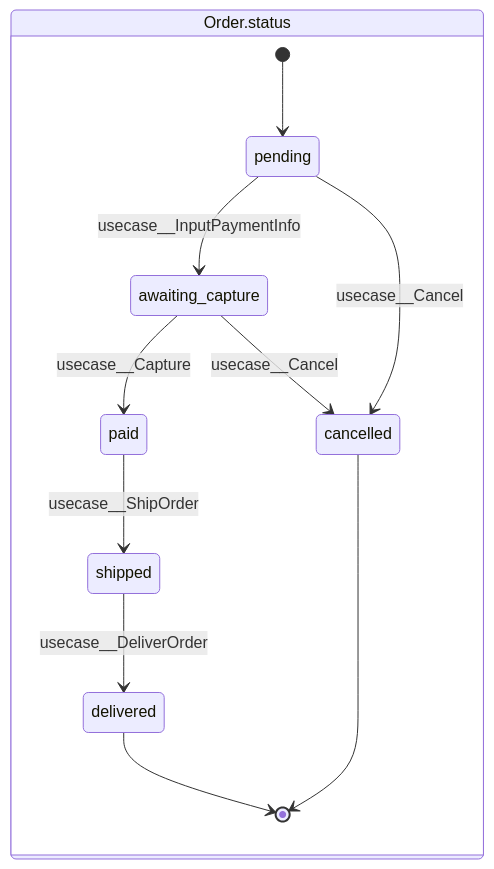
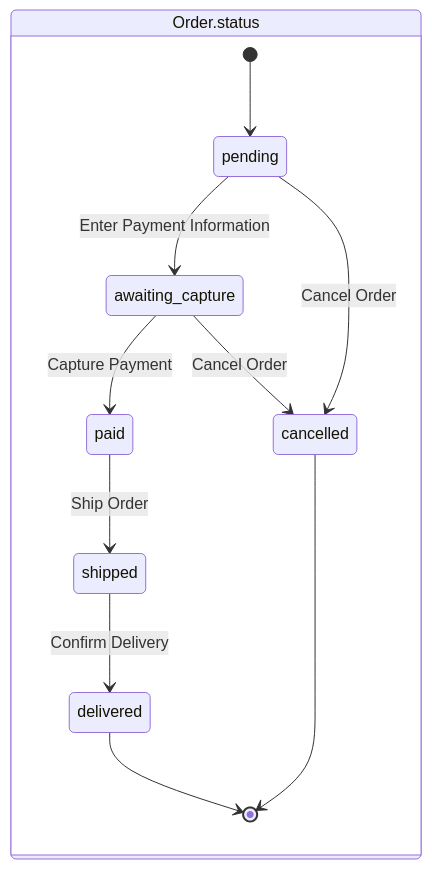
One commit to manji-0/rdra-ish-dsl changed the diagram in samples/ec-site/out/state.mmd. Above: the diagram before and after it, drawn with Mermaid. The commit also changed 17 other files, not shown here.

```diff
--- a/samples/ec-site/out/state.mmd
+++ b/samples/ec-site/out/state.mmd
@@ -1,21 +1,27 @@
 %% rdra-ish diagram=state scope=whole model=samples/ec-site
 %% kinds: statemodel state usecase
 %% omitted: Payment.status (Enum without transitions)
 stateDiagram-v2
   state "Order.status" as statemodel__Order_status {
     [*] --> state__Order_pending
     state "pending" as state__Order_pending
     state "awaiting_capture" as state__Order_awaiting_capture
     state "paid" as state__Order_paid
     state "shipped" as state__Order_shipped
     state "delivered" as state__Order_delivered
     state "cancelled" as state__Order_cancelled
-    state__Order_pending --> state__Order_awaiting_capture : usecase__InputPaymentInfo
-    state__Order_pending --> state__Order_cancelled : usecase__Cancel
-    state__Order_awaiting_capture --> state__Order_paid : usecase__Capture
-    state__Order_awaiting_capture --> state__Order_cancelled : usecase__Cancel
-    state__Order_paid --> state__Order_shipped : usecase__ShipOrder
-    state__Order_shipped --> state__Order_delivered : usecase__DeliverOrder
+    %% transition usecase__InputPaymentInfo
+    state__Order_pending --> state__Order_awaiting_capture : Enter Payment Information
+    %% transition usecase__Cancel
+    state__Order_pending --> state__Order_cancelled : Cancel Order
+    %% transition usecase__Capture
+    state__Order_awaiting_capture --> state__Order_paid : Capture Payment
+    %% transition usecase__Cancel
+    state__Order_awaiting_capture --> state__Order_cancelled : Cancel Order
+    %% transition usecase__ShipOrder
+    state__Order_paid --> state__Order_shipped : Ship Order
+    %% transition usecase__DeliverOrder
+    state__Order_shipped --> state__Order_delivered : Confirm Delivery
     state__Order_delivered --> [*]
     state__Order_cancelled --> [*]
   }
```
